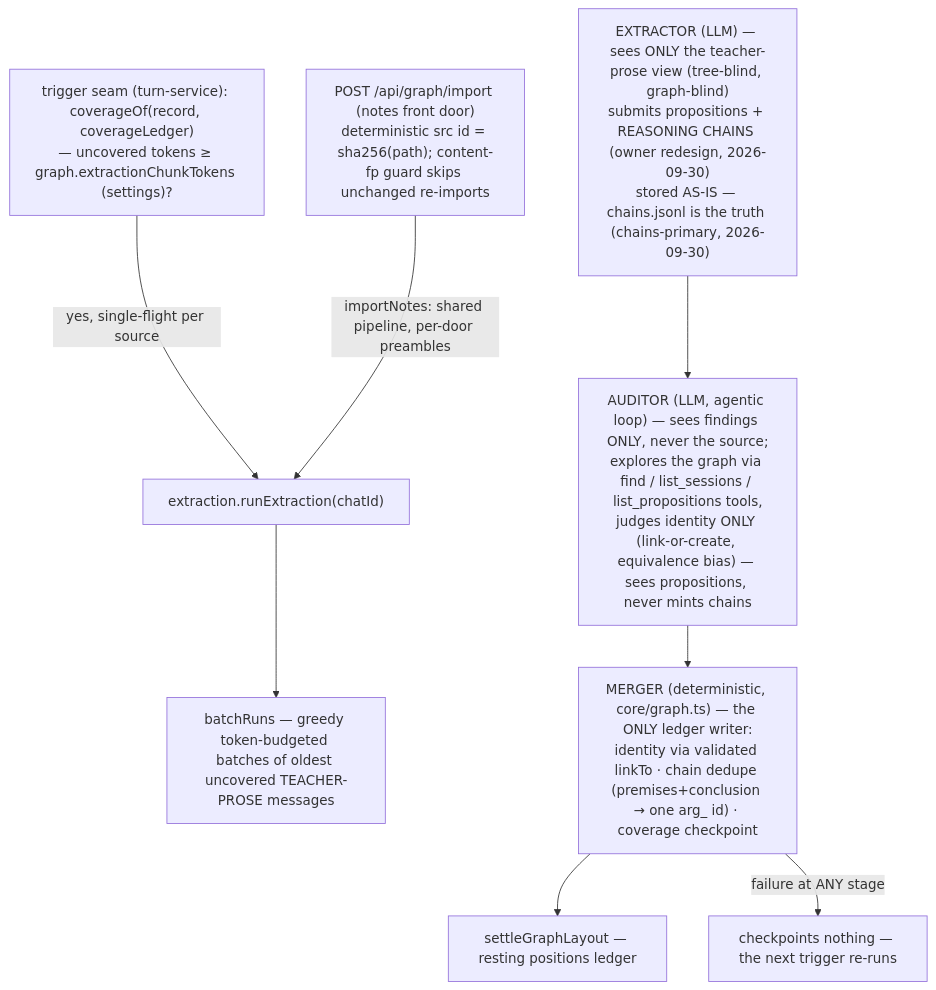
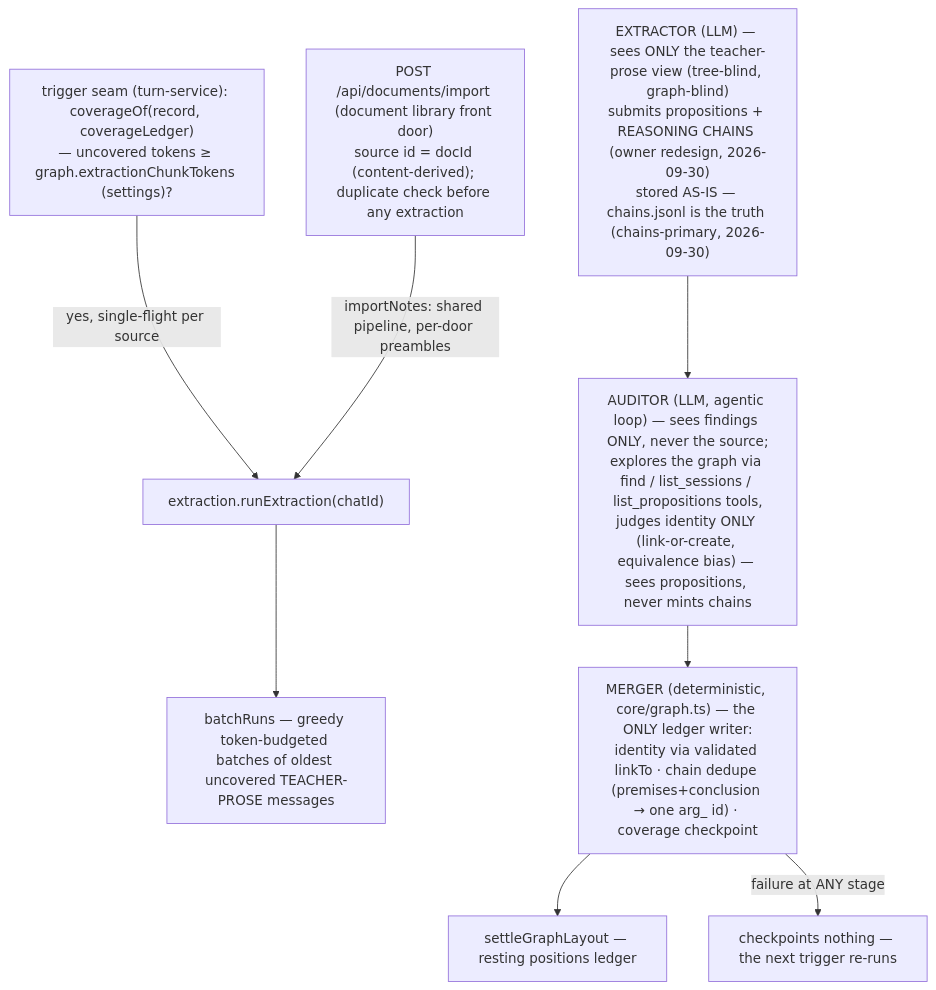
One commit to VileEnd/learnharness changed the sixth of 7 diagrams in docs/architecture.md. Above: the diagram before and after it, drawn with Mermaid. The commit also changed other lines of this file and 48 other files, not shown here.

First line of the commit message:
G: document library, content identity, duplicate check

````diff
--- a/docs/architecture.md
+++ b/docs/architecture.md
@@ -340,11 +340,11 @@
 ```mermaid
 flowchart TB
     TRIG["trigger seam (turn-service): coverageOf(record, coverageLedger)<br/>— uncovered tokens ≥ graph.extractionChunkTokens (settings)?"] -->|"yes, single-flight per source"| RUN["extraction.runExtraction(chatId)"]
-    IMPORT["POST /api/graph/import (notes front door)<br/>deterministic src id = sha256(path); content-fp guard skips unchanged re-imports"] -->|"importNotes: shared pipeline, per-door preambles"| RUN
+    IMPORT["POST /api/documents/import (document library front door)<br/>source id = docId (content-derived); duplicate check before any extraction"] -->|"importNotes: shared pipeline, per-door preambles"| RUN
     RUN --> BATCH["batchRuns — greedy token-budgeted batches of oldest uncovered TEACHER-PROSE messages"]
     EXT["EXTRACTOR (LLM) — sees ONLY the teacher-prose view (tree-blind, graph-blind)<br/>submits propositions + REASONING CHAINS (owner redesign, 2026-09-30)<br/>stored AS-IS — chains.jsonl is the truth (chains-primary, 2026-09-30)"]
     EXT --> AUD["AUDITOR (LLM, agentic loop) — sees findings ONLY, never the source;<br/>explores the graph via find / list_sessions / list_propositions tools,<br/>judges identity ONLY (link-or-create, equivalence bias) — sees propositions, never mints chains"]
     AUD --> MERGE["MERGER (deterministic, core/graph.ts) — the ONLY ledger writer:<br/>identity via validated linkTo · chain dedupe (premises+conclusion → one arg_ id) · coverage checkpoint"]
     MERGE --> SETTLE["settleGraphLayout — resting positions ledger"]
     MERGE -->|"failure at ANY stage"| NOTHING["checkpoints nothing — the next trigger re-runs"]
 ```
````
